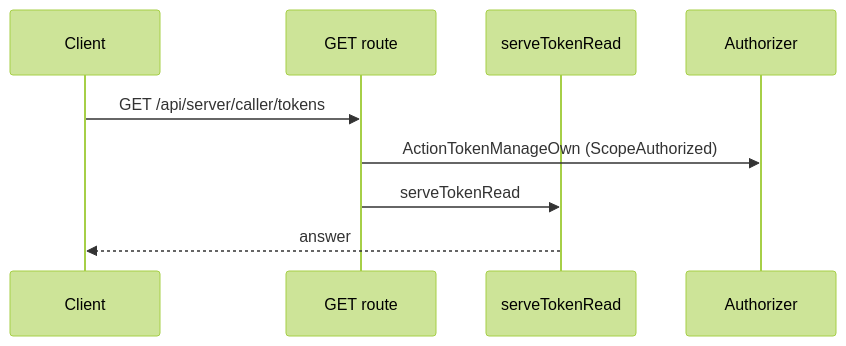
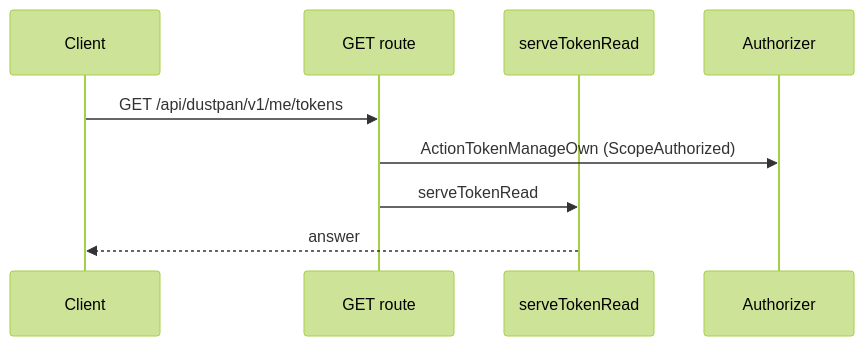
One commit to OpenDustpan/OpenDustpan changed the first of 4 diagrams in openspec/changes/token-life-cycle-expiry-email-token-expiry-enforcement/design.md. Above: the diagram before and after it, drawn with Mermaid (forest theme). The commit also changed other lines of this file and 2 other files, not shown here.

Commit message:
openspec: token-expiry-enforcement names the moved route /api/dustpan/v1/me/tokens

````diff
--- a/openspec/changes/token-life-cycle-expiry-email-token-expiry-enforcement/design.md
+++ b/openspec/changes/token-life-cycle-expiry-email-token-expiry-enforcement/design.md
@@ -32,11 +32,11 @@
 ```mermaid
 sequenceDiagram
 participant C as Client
 participant R as GET route
 participant H as serveTokenRead
 participant AZ as Authorizer
-C->>R: GET /api/server/caller/tokens
+C->>R: GET /api/dustpan/v1/me/tokens
 R->>AZ: ActionTokenManageOwn (ScopeAuthorized)
 R->>H: serveTokenRead
 H-->>C: answer
 ```
````
